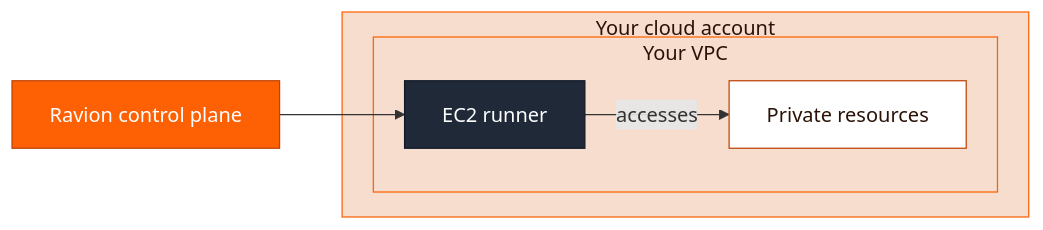
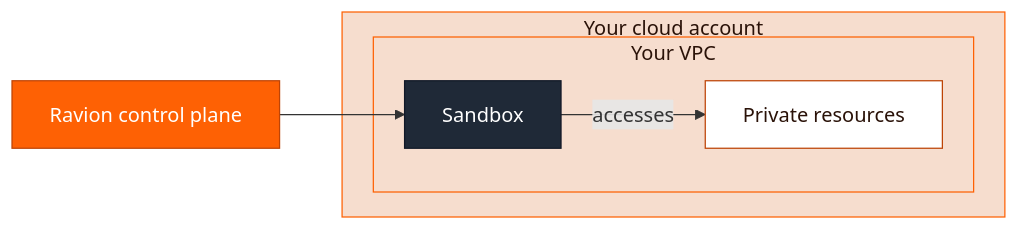
The second of 2 diagrams in snippets/pipelines/overview.mdx (ravionhq/docs), drawn with Mermaid before and after one commit. The commit also changed other lines of this file and 16 other files, not shown here.

````diff
--- a/snippets/pipelines/overview.mdx
+++ b/snippets/pipelines/overview.mdx
@@ -108,24 +110,24 @@
 ```mermaid
 flowchart LR
   Ravion[Ravion control plane]
 
   subgraph CustomerCloud[Your cloud account]
     subgraph VPC[Your VPC]
-      Runner[EC2 runner]
+      Runner[Sandbox]
       PrivateResources[Private resources]
     end
   end
 
   Ravion --> Runner
   Runner -- accesses --> PrivateResources
 
   class Ravion external
   class CustomerCloud,VPC cloud
   class Runner runner
   class PrivateResources resource
 
   classDef external fill:#FE6104,stroke:#BD4406,color:#fff
   classDef cloud fill:#F6DDCE,stroke:#FE6104,color:#2a1208
   classDef runner fill:#1f2937,stroke:#111827,color:#fff
   classDef resource fill:#fff,stroke:#BD4406,color:#2a1208
 ```
````
